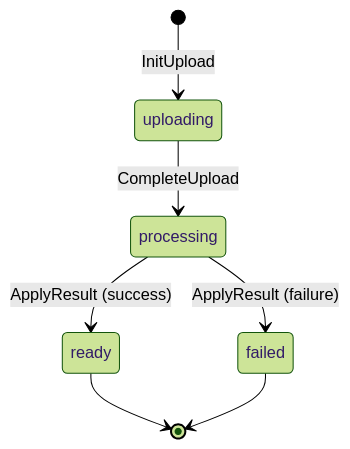
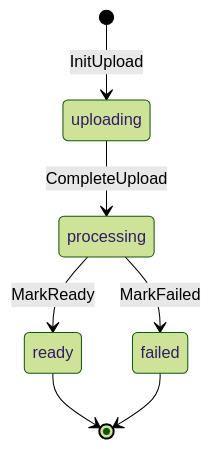
One commit to lregnier/design-youtube changed the fourth of 4 diagrams in backend/api/README.md. Above: the diagram before and after it, drawn with Mermaid (forest theme). The commit also changed other lines of this file and 22 other files, not shown here.

````diff
--- a/backend/api/README.md
+++ b/backend/api/README.md
@@ -124,9 +124,9 @@
 ```mermaid
 stateDiagram-v2
     [*] --> uploading: InitUpload
     uploading --> processing: CompleteUpload
-    processing --> ready: ApplyResult (success)
-    processing --> failed: ApplyResult (failure)
+    processing --> ready: MarkReady
+    processing --> failed: MarkFailed
     ready --> [*]
     failed --> [*]
 ```
````
